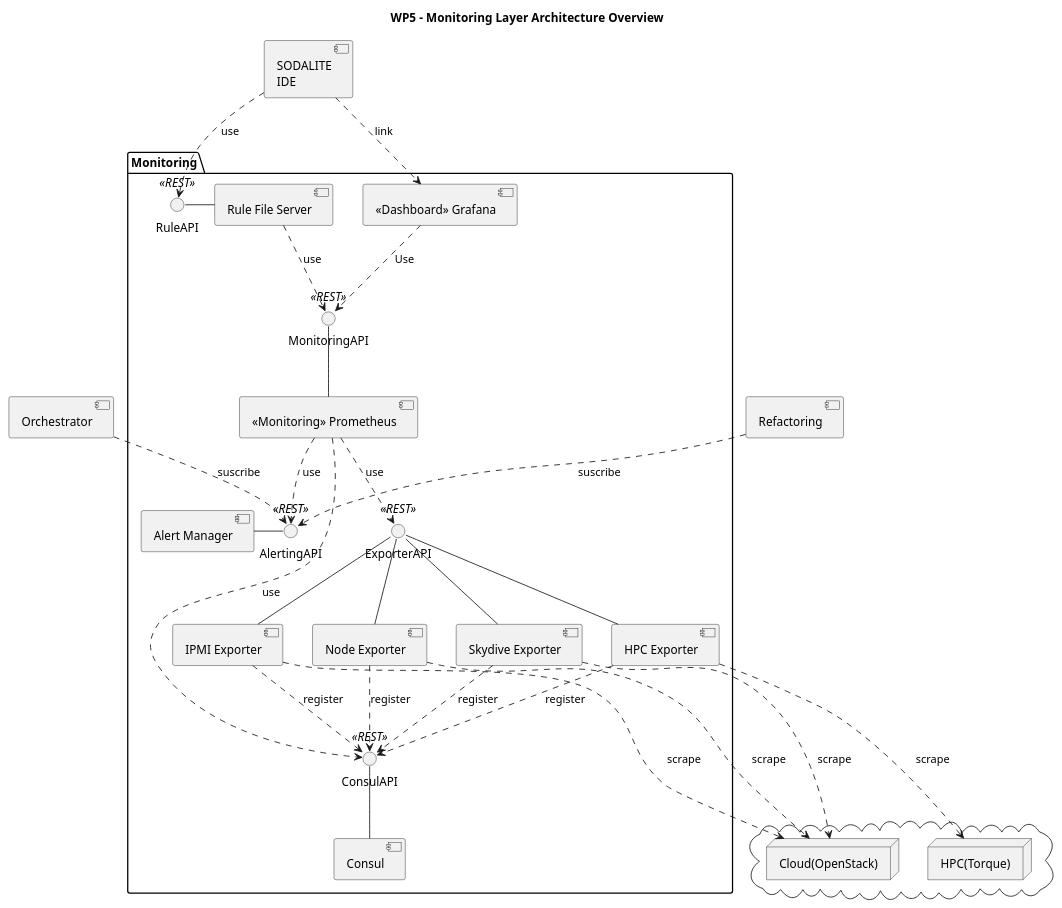
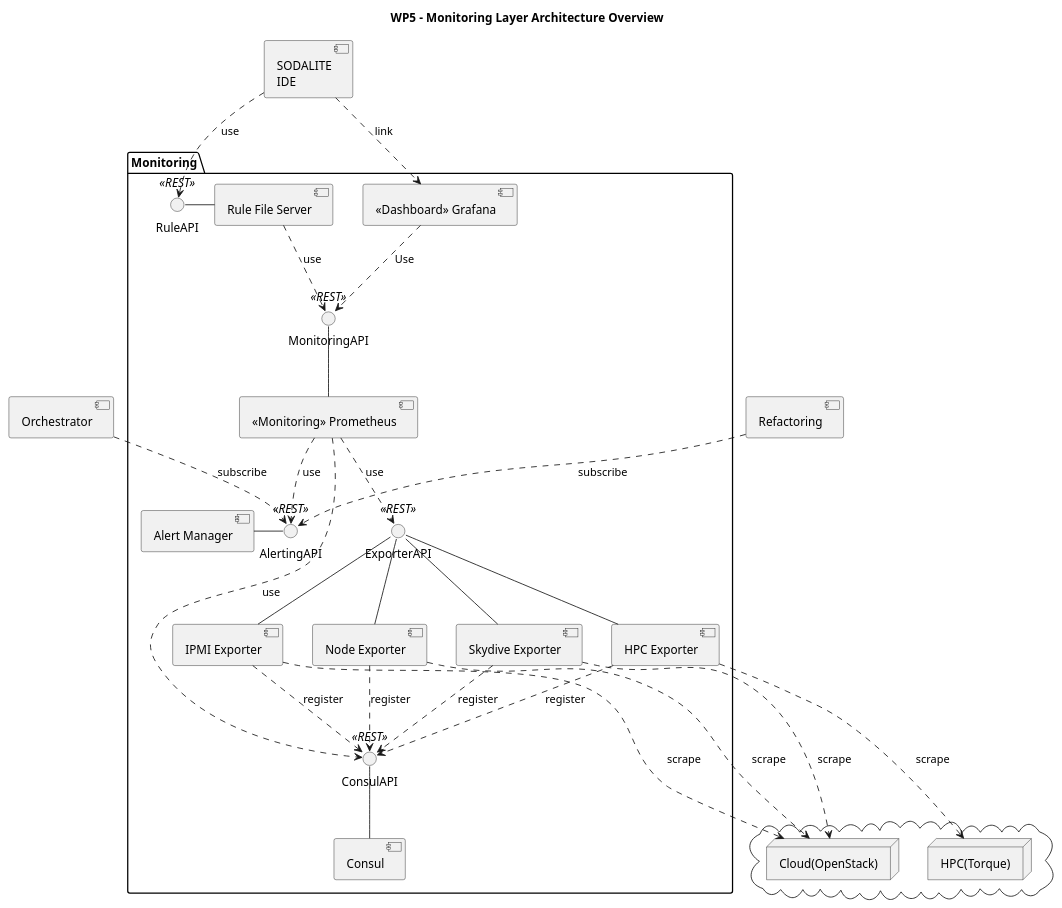
The diagram in uml/component-diagrams/CD-WP5-MonitoringOverview.puml (SODALITE-EU/project-wide-documentation), drawn with PlantUML before and after one commit.

Commit message:
typo fixed

```diff
--- a/uml/component-diagrams/CD-WP5-MonitoringOverview.puml
+++ b/uml/component-diagrams/CD-WP5-MonitoringOverview.puml
@@ -1,67 +1,67 @@
 @startuml
 
 title WP5 - Monitoring Layer Architecture Overview
 
 
 package "Monitoring" as mon {
     [<<Monitoring>> Prometheus] as mon_impl
     () "MonitoringAPI" <<REST>> as mon_if
     [Consul] as con_impl
     () "ConsulAPI" <<REST>> as con_if
     [Rule File Server] as rule_impl
     () "RuleAPI" <<REST>> as rule_if
     [<<Dashboard>> Grafana] as dash
     [IPMI Exporter] as ipmi_exp
     [HPC Exporter] as hpc_exp
     [Node Exporter] as node_exp
     [Skydive Exporter] as sky_exp
     () "ExporterAPI" <<REST>> as exp_if
     [Alert Manager] as alert_mngr
     () "AlertingAPI" <<REST>> as alert_if
 }
 
 cloud {
     node "Cloud(OpenStack)" as OpenStack
     node "HPC(Torque)" as Torque
 }
 
 
 [SODALITE\nIDE] as ide
 
 [Orchestrator] as orch
 [Orchestrator] as orch
 [Refactoring] as refac
 
 
 mon_impl -u- mon_if
 con_impl -u- con_if
 rule_impl -r- rule_if
 ipmi_exp -u- exp_if
 hpc_exp -u- exp_if
 sky_exp -u- exp_if
 node_exp -u- exp_if
 mon_impl ..> exp_if : use
 dash ..> mon_if: Use
 alert_mngr -r- alert_if
 mon_impl ..> con_if: use
 rule_impl ..> mon_if: use
 mon_impl ..> alert_if : use
 
 
 node_exp ..> con_if : register
 ipmi_exp ..> con_if : register
 hpc_exp ..> con_if : register
 sky_exp ..> con_if : register
 
 
 ipmi_exp ...> OpenStack : scrape
 node_exp ...> OpenStack : scrape
 hpc_exp ...> Torque : scrape
 sky_exp ...> OpenStack : scrape
 
 ide ..> dash : link
 ide ..> rule_if : use
-orch ..> alert_if : suscribe
-refac ..> alert_if : suscribe
+orch ..> alert_if : subscribe
+refac ..> alert_if : subscribe
 
 @enduml
```
